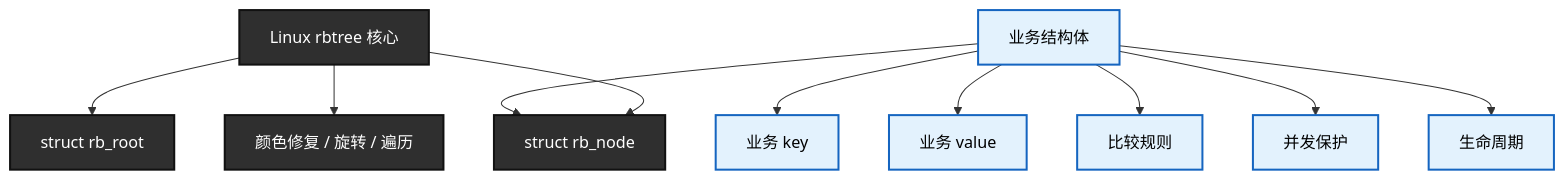
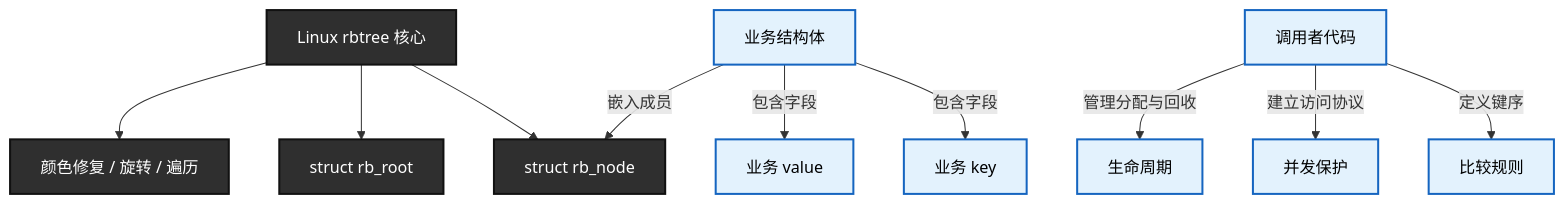
The first of 25 diagrams in knowledge/linux/data_structures/红黑树_rb-tree/P09_Linux_6.12_内核_rbtree_嵌入式节点与使用者接口.md (FormingSystem/linux_note), drawn with Mermaid before and after one commit. The commit also changed other lines of this file and 6 other files, not shown here.

````diff
--- a/knowledge/linux/data_structures/红黑树_rb-tree/P09_Linux_6.12_内核_rbtree_嵌入式节点与使用者接口.md
+++ b/knowledge/linux/data_structures/红黑树_rb-tree/P09_Linux_6.12_内核_rbtree_嵌入式节点与使用者接口.md
@@ -80,31 +80,31 @@
 ```mermaid
 graph TD
 	rb_core["Linux rbtree 核心"]
 	rb_node["struct rb_node"]
 	rb_root["struct rb_root"]
 	rb_fix["颜色修复 / 旋转 / 遍历"]
 
 	user_obj["业务结构体"]
 	user_key["业务 key"]
 	user_value["业务 value"]
 	user_cmp["比较规则"]
 	user_lock["并发保护"]
 	user_life["生命周期"]
 
 	rb_core --> rb_node
 	rb_core --> rb_root
 	rb_core --> rb_fix
 
-	user_obj --> user_key
-	user_obj --> user_value
-	user_obj --> rb_node
-	user_obj --> user_cmp
-	user_obj --> user_lock
-	user_obj --> user_life
+	user_obj -->|包含字段| user_key
+	user_obj -->|包含字段| user_value
+	user_obj -->|嵌入成员| rb_node
+	caller["调用者代码"] -->|定义键序| user_cmp
+	caller -->|建立访问协议| user_lock
+	caller -->|管理分配与回收| user_life
 
 	classDef rb fill:#2f2f2f,stroke:#111,color:#fff,stroke-width:2px;
 	classDef user fill:#e3f2fd,stroke:#1565c0,color:#000,stroke-width:2px;
 
 	class rb_core,rb_node,rb_root,rb_fix rb;
-	class user_obj,user_key,user_value,user_cmp,user_lock,user_life user;
+	class caller,user_obj,user_key,user_value,user_cmp,user_lock,user_life user;
 ```
````
